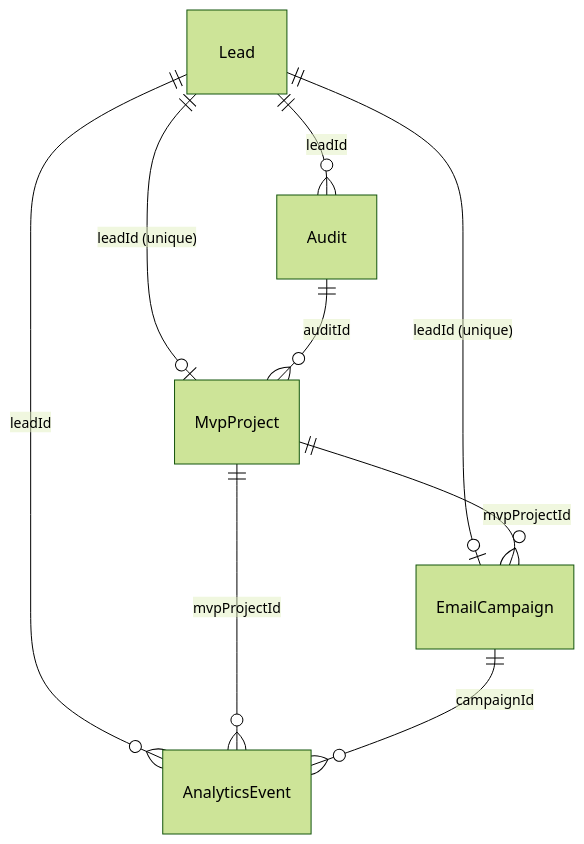
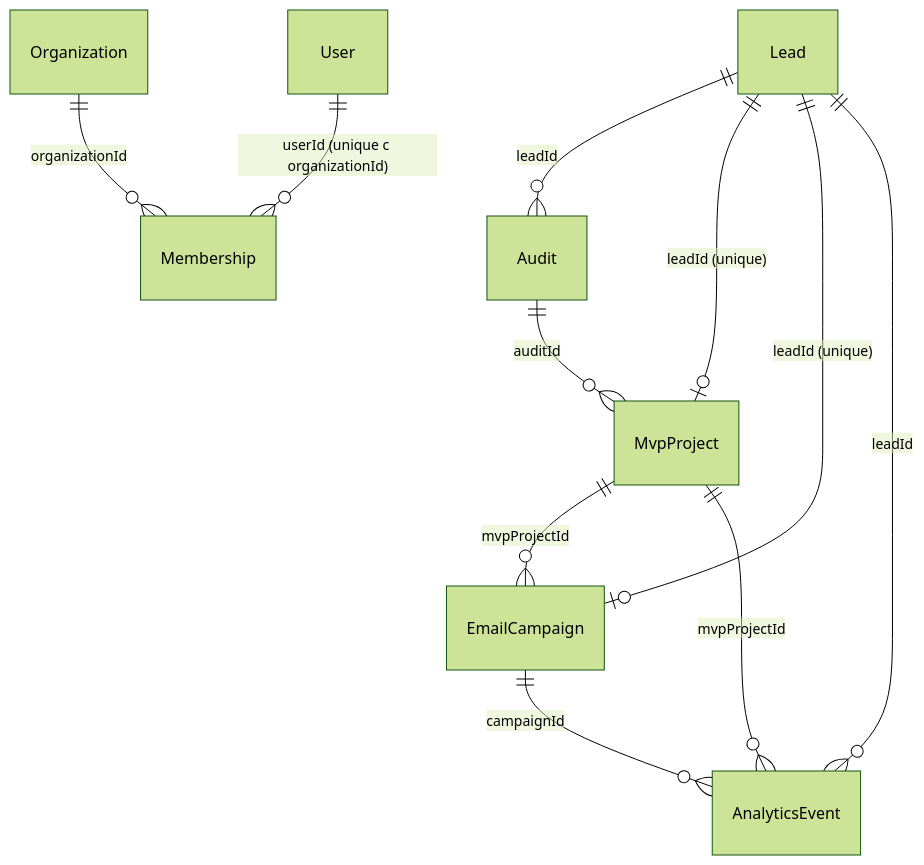
Before and after one commit to yurykurouski/revamp-docs: the diagram in database-expertise.md, drawn with Mermaid (forest theme). The commit also changed other lines of this file and 4 other files, not shown here.

````diff
--- a/database-expertise.md
+++ b/database-expertise.md
@@ -206,11 +231,13 @@
 ```mermaid
 erDiagram
     Lead ||--o{ Audit : "leadId"
     Lead ||--o| MvpProject : "leadId (unique)"
     Lead ||--o| EmailCampaign : "leadId (unique)"
     Lead ||--o{ AnalyticsEvent : "leadId"
     Audit ||--o{ MvpProject : "auditId"
     MvpProject ||--o{ EmailCampaign : "mvpProjectId"
     MvpProject ||--o{ AnalyticsEvent : "mvpProjectId"
     EmailCampaign ||--o{ AnalyticsEvent : "campaignId"
+    Organization ||--o{ Membership : "organizationId"
+    User ||--o{ Membership : "userId (unique с organizationId)"
 ```
````
